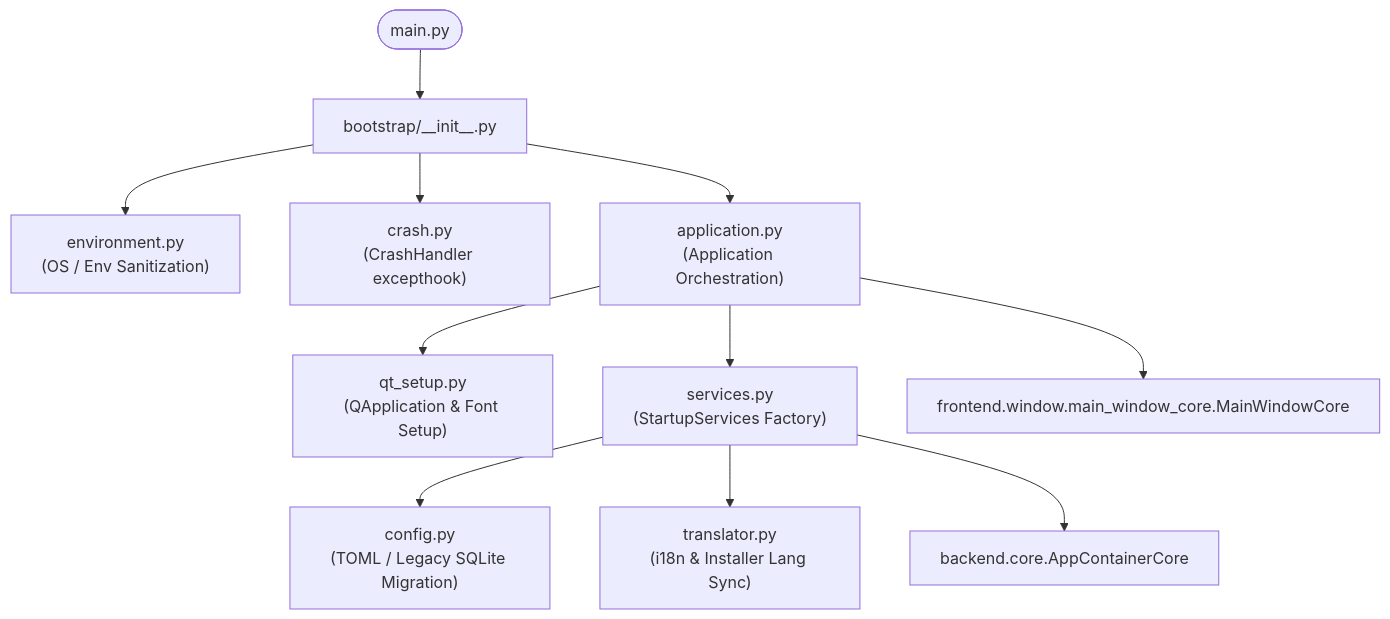
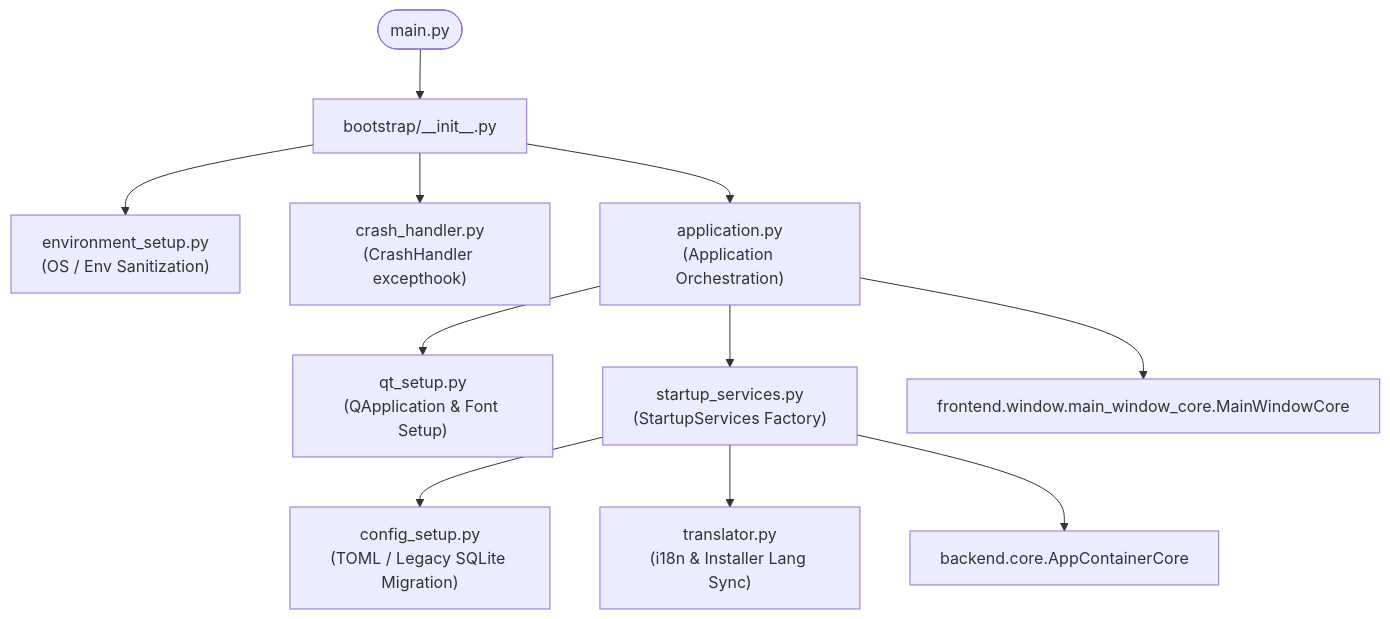
Before and after one commit to Andro2k/MiniKick: the diagram in bootstrap/README.md, drawn with Mermaid. The commit also changed other lines of this file and 14 other files, not shown here.

````diff
--- a/bootstrap/README.md
+++ b/bootstrap/README.md
@@ -17,15 +17,15 @@
 ```mermaid
 flowchart TD
     MAIN(["main.py"]) --> INIT["bootstrap/__init__.py"]
-    INIT --> ENV["environment.py\n(OS / Env Sanitization)"]
-    INIT --> CRASH["crash.py\n(CrashHandler excepthook)"]
+    INIT --> ENV["environment_setup.py\n(OS / Env Sanitization)"]
+    INIT --> CRASH["crash_handler.py\n(CrashHandler excepthook)"]
     INIT --> APP["application.py\n(Application Orchestration)"]
 
     APP --> QT["qt_setup.py\n(QApplication & Font Setup)"]
-    APP --> SERV["services.py\n(StartupServices Factory)"]
-    SERV --> CFG["config.py\n(TOML / Legacy SQLite Migration)"]
+    APP --> SERV["startup_services.py\n(StartupServices Factory)"]
+    SERV --> CFG["config_setup.py\n(TOML / Legacy SQLite Migration)"]
     SERV --> TRANS["translator.py\n(i18n & Installer Lang Sync)"]
 
     APP --> FRONT["frontend.window.main_window_core.MainWindowCore"]
     SERV --> BACK["backend.core.AppContainerCore"]
 ```
````
